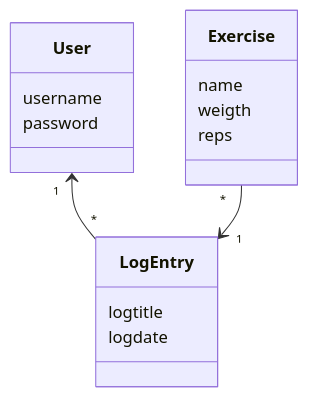
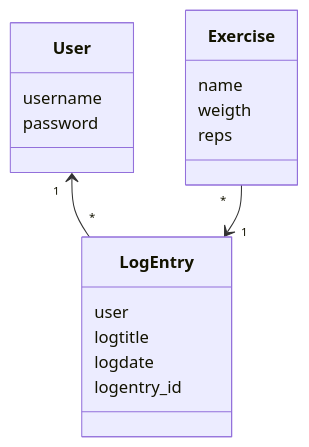
Before and after one commit to brotholi/ot-harjoitustyo: the second of 6 diagrams in dokumentaatio/arkkitehtuuri.md, drawn with Mermaid. The commit also changed other lines of this file, not shown here.

````diff
--- a/dokumentaatio/arkkitehtuuri.md
+++ b/dokumentaatio/arkkitehtuuri.md
@@ -31,18 +32,20 @@
 ```mermaid
  classDiagram
       User "1" <-- "*" LogEntry
       Exercise "*" --> "1" LogEntry
       class User{
           username
           password
       }
       class LogEntry{
+          user
           logtitle
           logdate
+          logentry_id
       }
       class Exercise{
           name
           weigth
           reps
       }
 ```
````
